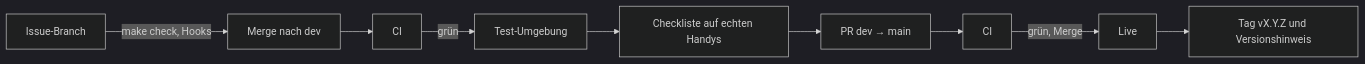
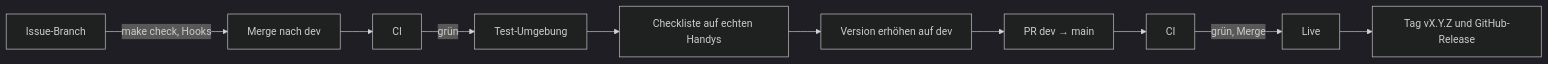
Before and after one commit to konstantinniedermann/tco-app: the diagram in docs/ci-cd-und-release.md, drawn with Mermaid (dark theme). The commit also changed other lines of this file and 2 other files, not shown here.

````diff
--- a/docs/ci-cd-und-release.md
+++ b/docs/ci-cd-und-release.md
@@ -29,11 +35,12 @@
 ```mermaid
 flowchart LR
   B[Issue-Branch] -->|make check, Hooks| D[Merge nach dev]
   D --> C1[CI]
   C1 -->|grün| T[Test-Umgebung]
   T --> K[Checkliste auf echten Handys]
-  K --> P[PR dev → main]
+  K --> R[Version erhöhen auf dev]
+  R --> P[PR dev → main]
   P --> C2[CI]
   C2 -->|grün, Merge| L[Live]
-  L --> V[Tag vX.Y.Z und Versionshinweis]
+  L --> V[Tag vX.Y.Z und GitHub-Release]
 ```
````
